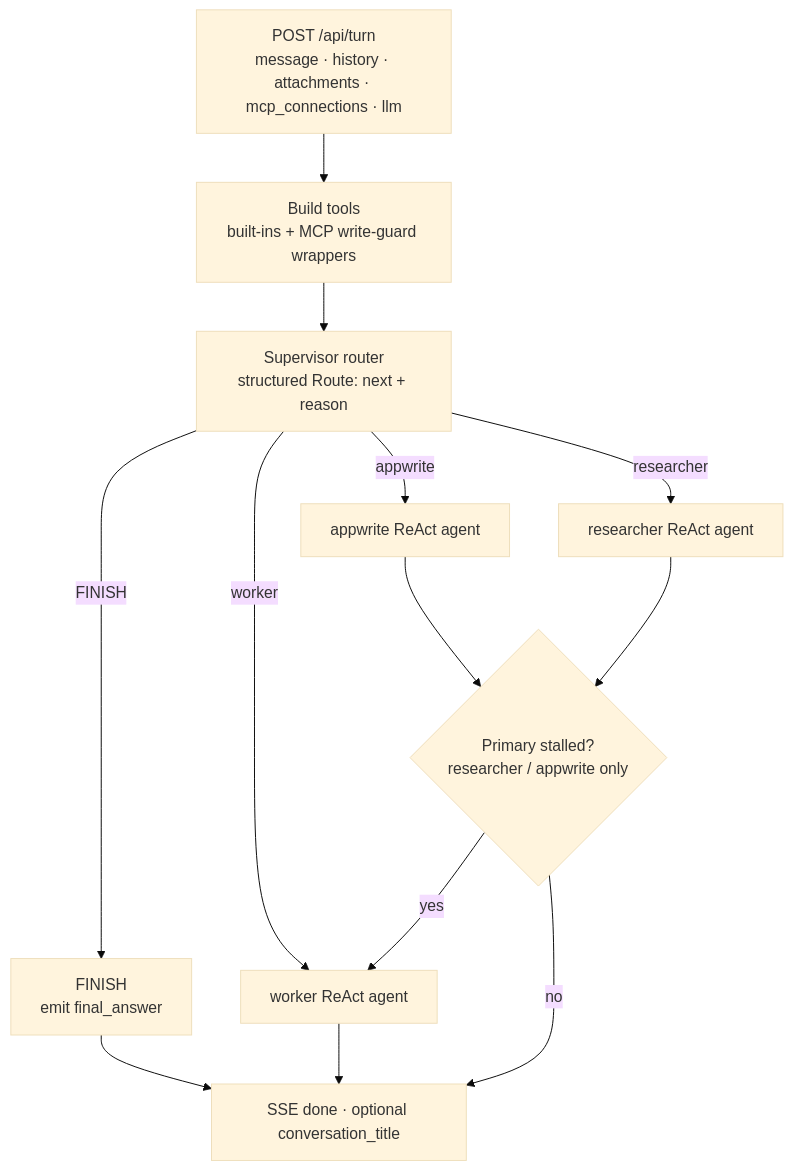
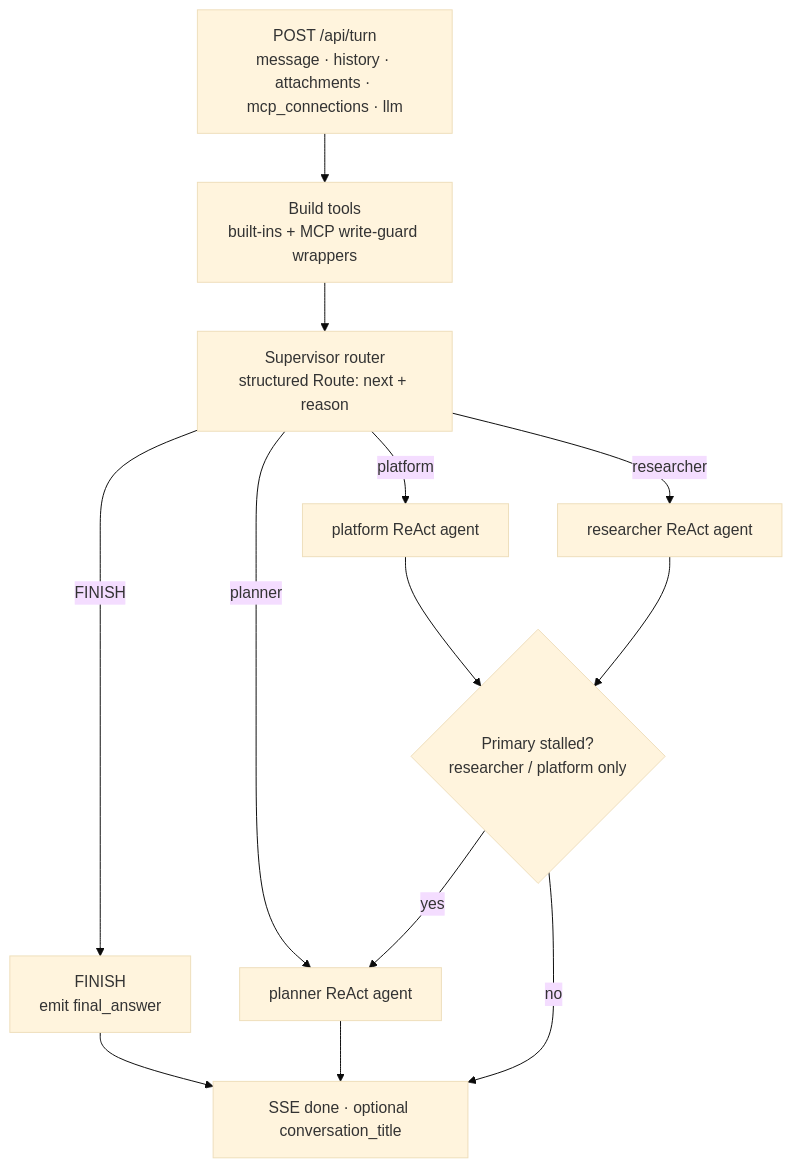
Before and after one commit to appwrite/agent: the diagram in README.md, drawn with Mermaid (base theme). The commit also changed other lines of this file and 6 other files, not shown here.

````diff
--- a/README.md
+++ b/README.md
@@ -20,23 +20,23 @@
 ```mermaid
 flowchart TD
   req["POST /api/turn<br/>message · history · attachments · mcp_connections · llm"]
   prep["Build tools<br/>built-ins + MCP write-guard wrappers"]
   route["Supervisor router<br/>structured Route: next + reason"]
   finish["FINISH<br/>emit final_answer"]
-  aw["appwrite ReAct agent"]
+  plat["platform ReAct agent"]
   res["researcher ReAct agent"]
-  wrk["worker ReAct agent"]
-  fallback{"Primary stalled?<br/>researcher / appwrite only"}
+  plan["planner ReAct agent"]
+  fallback{"Primary stalled?<br/>researcher / platform only"}
   done["SSE done · optional conversation_title"]
 
   req --> prep --> route
   route -->|FINISH| finish --> done
-  route -->|appwrite| aw
+  route -->|platform| plat
   route -->|researcher| res
-  route -->|worker| wrk
-  aw --> fallback
+  route -->|planner| plan
+  plat --> fallback
   res --> fallback
-  wrk --> done
-  fallback -->|yes| wrk
+  plan --> done
+  fallback -->|yes| plan
   fallback -->|no| done
 ```
````
